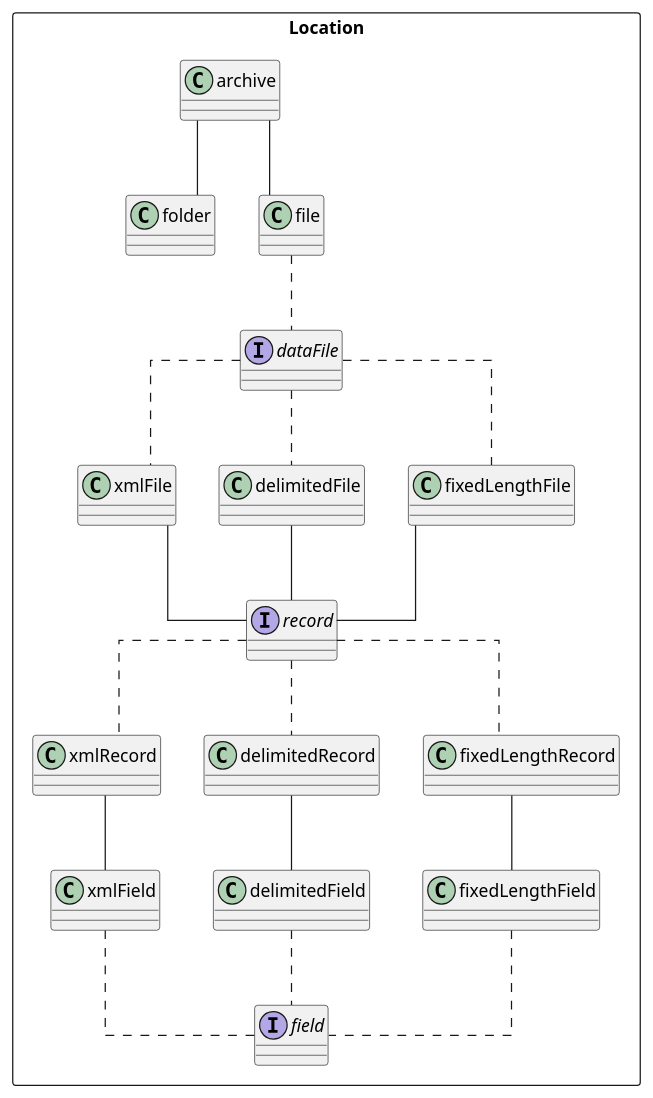
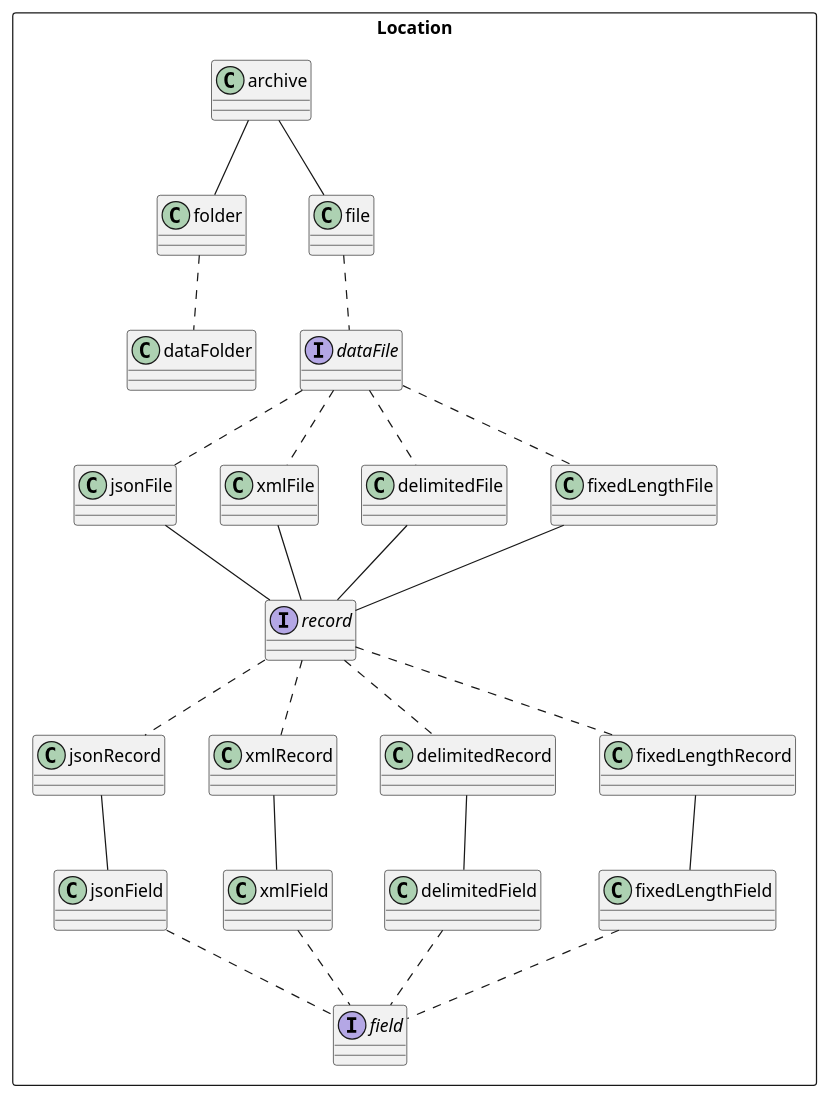
One commit to joergen-vs/73027c42-c2cd-4c62-b1f4-2532c0eb8dab changed the diagram in usage/aspirations/umls/uml-location.puml. Above: the diagram before and after it, drawn with PlantUML. The commit also changed 2 other files, not shown here.

Commit message:
Added json as legal format Added data-folder to support multi-file validation with single/multiple schemas (big data-support)

```diff
--- a/usage/aspirations/umls/uml-location.puml
+++ b/usage/aspirations/umls/uml-location.puml
@@ -1,31 +1,36 @@
 @startuml
-skinparam linetype polyline
-skinparam linetype ortho
 
 package "Location" <<Rectangle>> {
 interface dataFile
 interface record
 interface field
 
 archive -- folder
 archive -- file
 
+folder .. dataFolder
+
 file .. dataFile
+dataFile .. jsonFile
 dataFile .. xmlFile
 dataFile .. delimitedFile
 dataFile .. fixedLengthFile
+jsonFile -- record
+record .. jsonRecord
 xmlFile -- record
 record .. xmlRecord
 delimitedFile -- record
 record .. delimitedRecord
 fixedLengthFile -- record
 record .. fixedLengthRecord
 
+jsonRecord -- jsonField
+jsonField .. field 
 xmlRecord -- xmlField
 xmlField .. field 
 delimitedRecord -- delimitedField
 delimitedField .. field 
 fixedLengthRecord -- fixedLengthField
 fixedLengthField .. field 
 }
 @enduml
```
